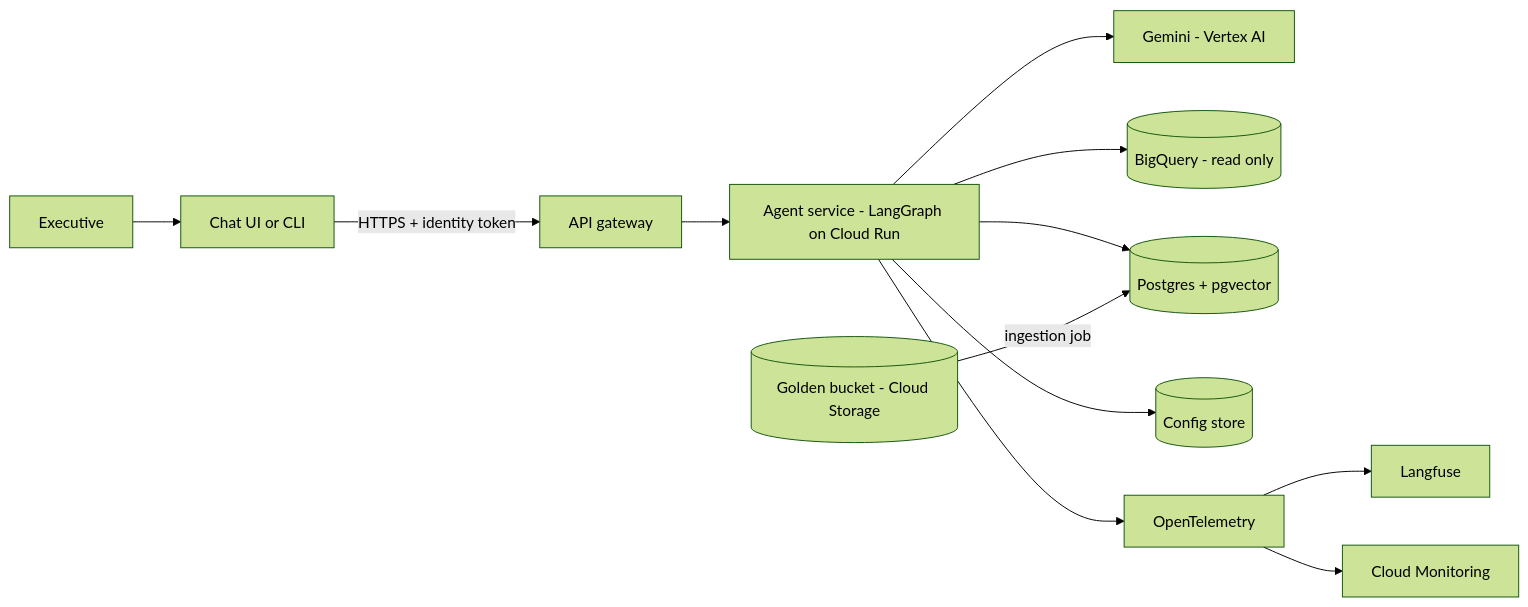
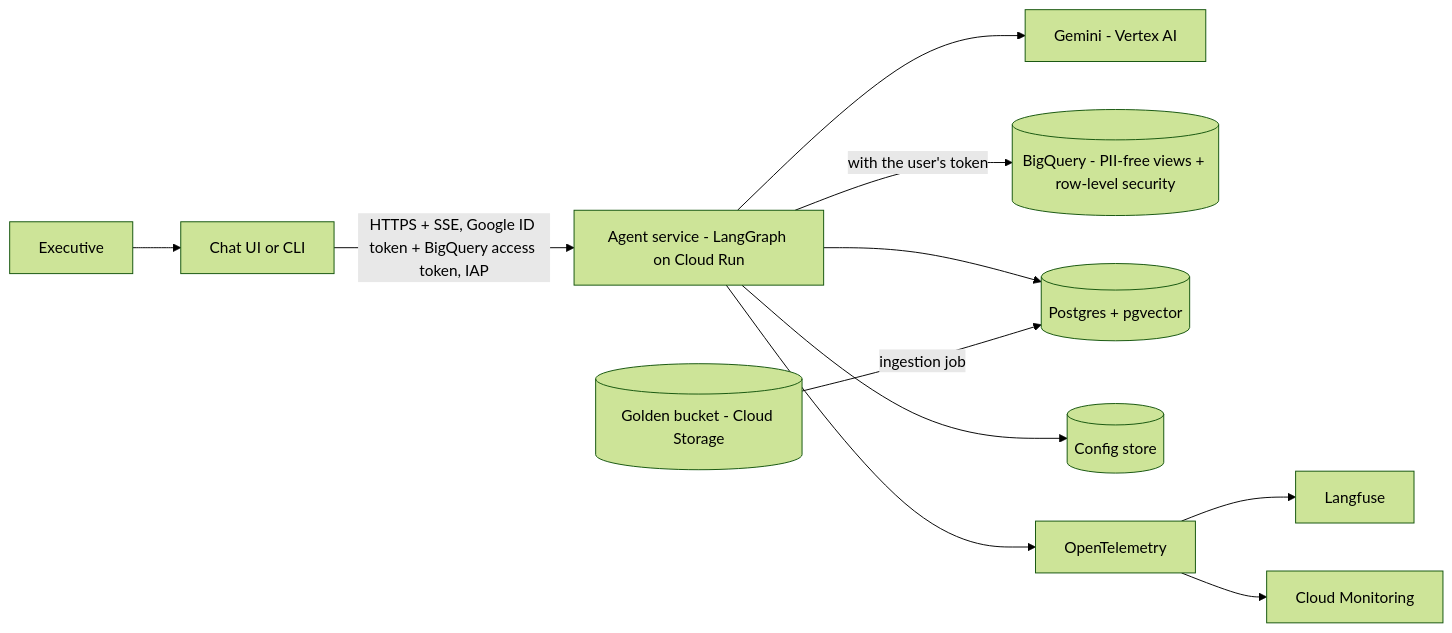
The diagram in docs/HLD.md (Geghi/retail_analyst), drawn with Mermaid (forest theme) before and after one commit. The commit also changed other lines of this file and 2 other files, not shown here.

First line of the commit message:
HLD: BigQuery enforces scope and PII on the executive's own identity

````diff
--- a/docs/HLD.md
+++ b/docs/HLD.md
@@ -20,14 +20,13 @@
 ```mermaid
 flowchart LR
   EXEC["Executive"] --> UI["Chat UI or CLI"]
-  UI -->|"HTTPS + identity token"| GW["API gateway"]
-  GW --> AG["Agent service - LangGraph on Cloud Run"]
+  UI -->|"HTTPS + SSE, Google ID token + BigQuery access token, IAP"| AG["Agent service - LangGraph on Cloud Run"]
   AG --> GEM["Gemini - Vertex AI"]
-  AG --> BQ[("BigQuery - read only")]
+  AG -->|"with the user's token"| BQ[("BigQuery - PII-free views + row-level security")]
   AG --> PG[("Postgres + pgvector")]
   AG --> CFG[("Config store")]
   GCS[("Golden bucket - Cloud Storage")] -->|"ingestion job"| PG
   AG --> OBS["OpenTelemetry"]
   OBS --> LF["Langfuse"]
   OBS --> MON["Cloud Monitoring"]
 ```
````
